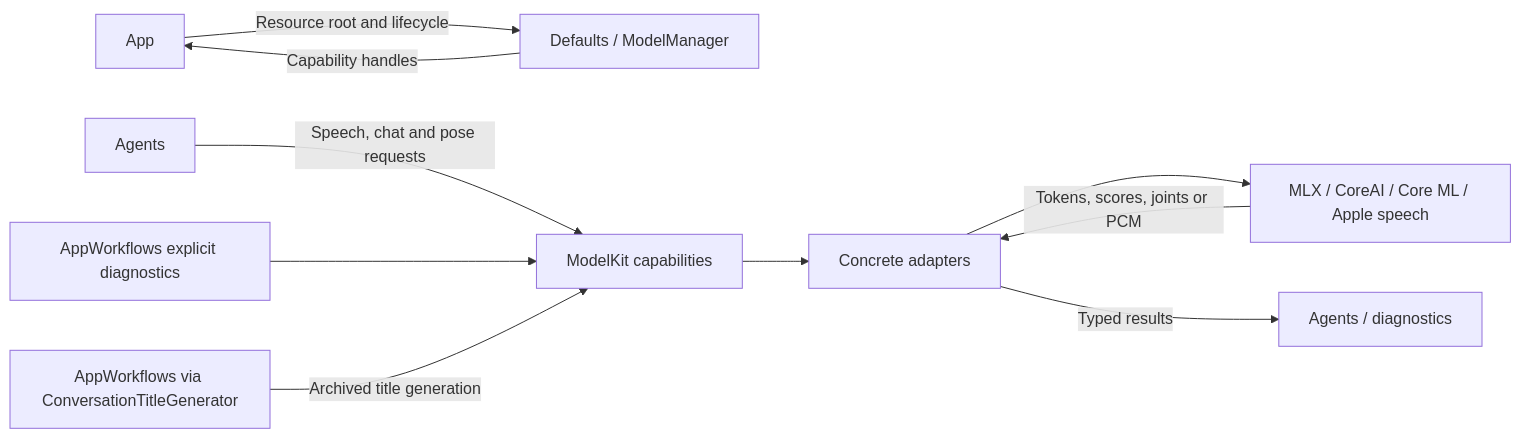
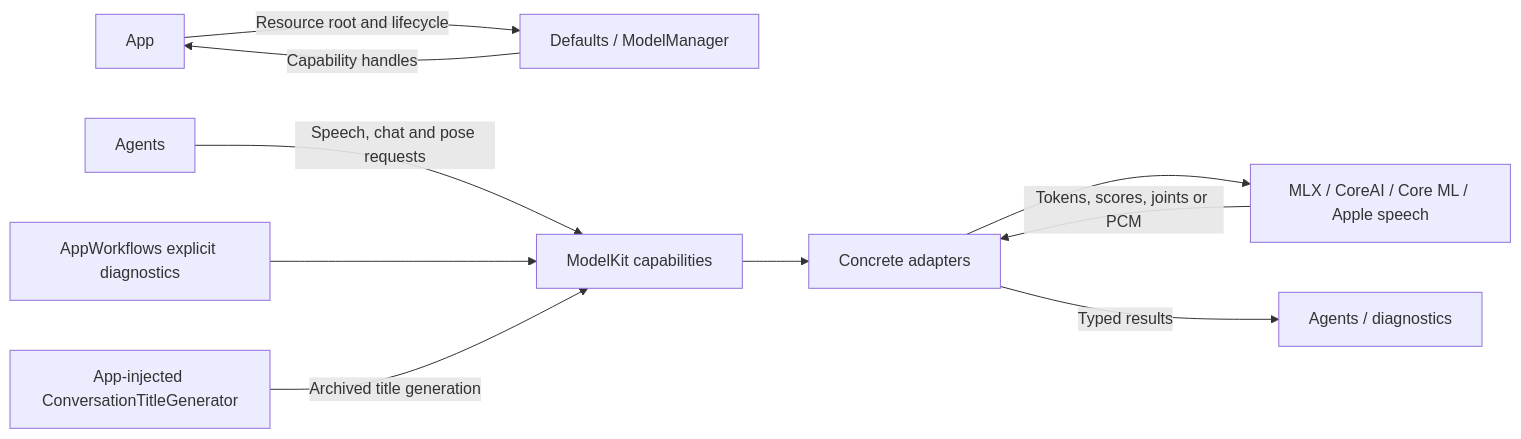
One commit to devilyouwei/MobileHarness changed the first of 3 diagrams in MobileHarness/ModelKit/README.md. Above: the diagram before and after it, drawn with Mermaid. The commit also changed other lines of this file and 10 other files, not shown here.

````diff
--- a/MobileHarness/ModelKit/README.md
+++ b/MobileHarness/ModelKit/README.md
@@ -31,12 +31,12 @@
 ```mermaid
 flowchart LR
     App -->|Resource root and lifecycle| Assembly[Defaults / ModelManager]
     Assembly -->|Capability handles| App
     Agents -->|Speech, chat and pose requests| Capabilities[ModelKit capabilities]
     Diagnostics[AppWorkflows explicit diagnostics] --> Capabilities
-    Titles[AppWorkflows via ConversationTitleGenerator] -->|Archived title generation| Capabilities
+    Titles[App-injected ConversationTitleGenerator] -->|Archived title generation| Capabilities
     Capabilities --> Adapters[Concrete adapters]
     Adapters --> Engines[MLX / CoreAI / Core ML / Apple speech]
     Engines -->|Tokens, scores, joints or PCM| Adapters
     Adapters -->|Typed results| Consumers[Agents / diagnostics]
 ```
````
